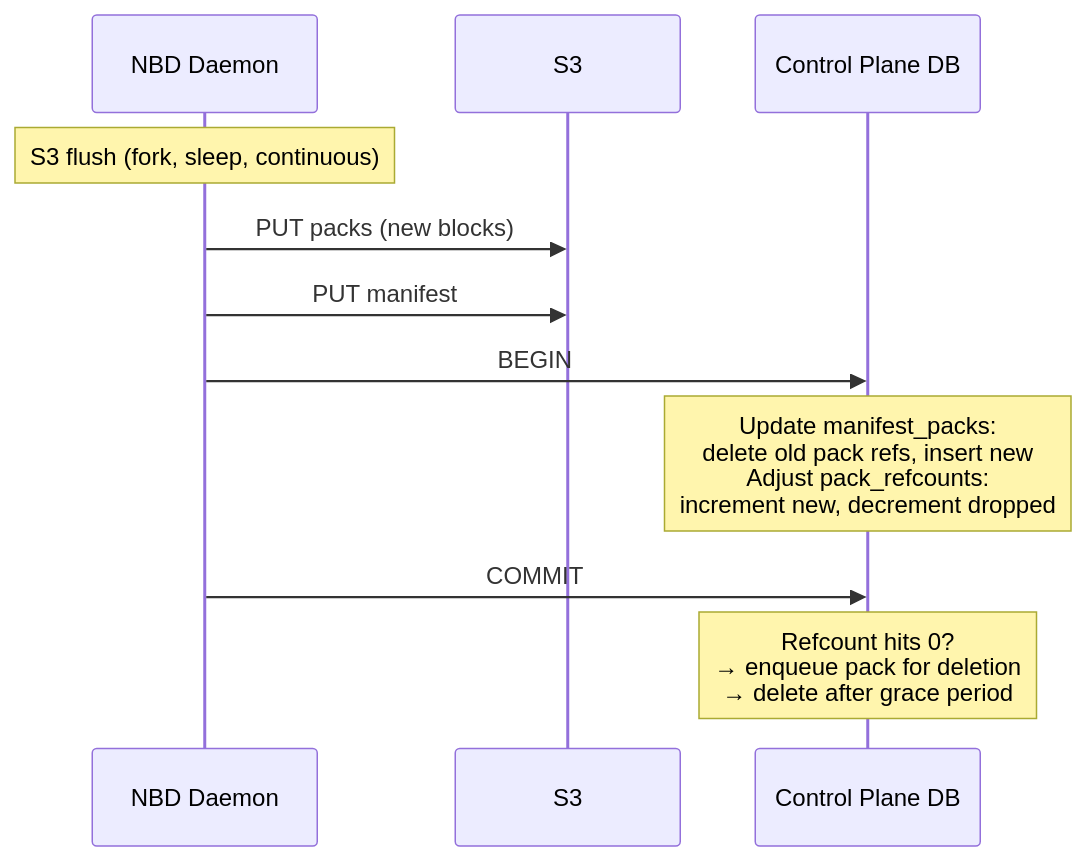
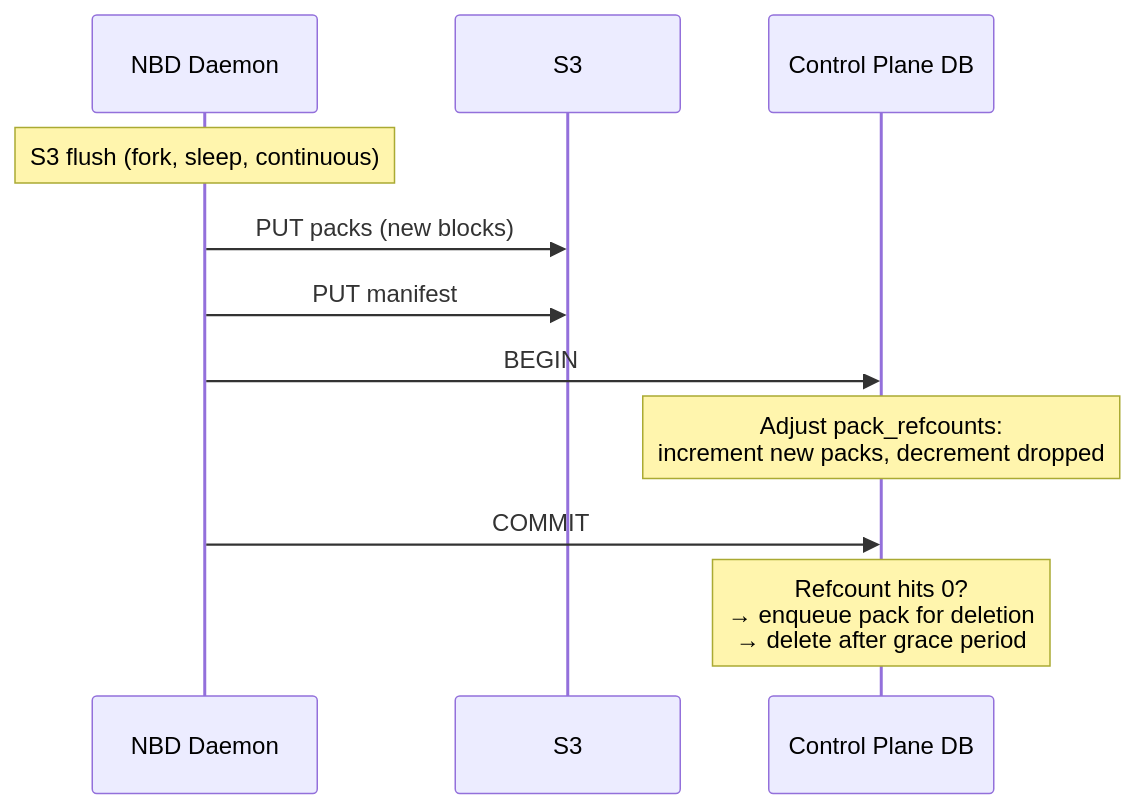
Diagram 13 of 13 in GLIDEv2.md (paraglidehq/glidefs), drawn with Mermaid before and after one commit. The commit also changed other lines of this file, not shown here.

````diff
--- a/GLIDEv2.md
+++ b/GLIDEv2.md
@@ -940,16 +949,16 @@
 ```mermaid
 sequenceDiagram
     participant D as NBD Daemon
     participant S3 as S3
     participant DB as Control Plane DB
 
     Note over D: S3 flush (fork, sleep, continuous)
     D->>S3: PUT packs (new blocks)
     D->>S3: PUT manifest
 
     D->>DB: BEGIN
-    Note over DB: Update manifest_packs:<br/>delete old pack refs, insert new<br/>Adjust pack_refcounts:<br/>increment new, decrement dropped
+    Note over DB: Adjust pack_refcounts:<br/>increment new packs, decrement dropped
     D->>DB: COMMIT
 
     Note over DB: Refcount hits 0?<br/>→ enqueue pack for deletion<br/>→ delete after grace period
 ```
````
